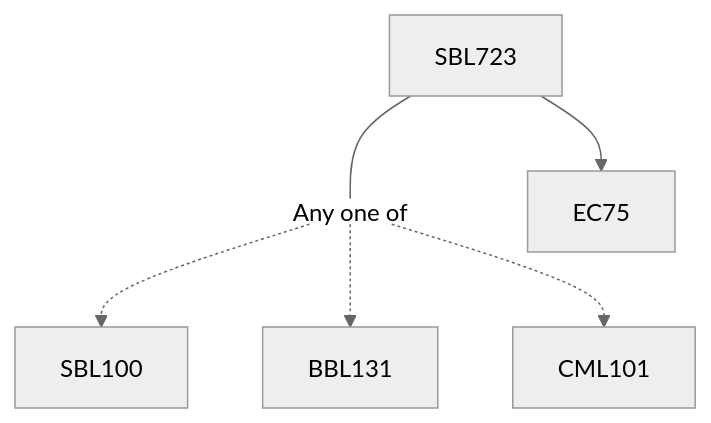
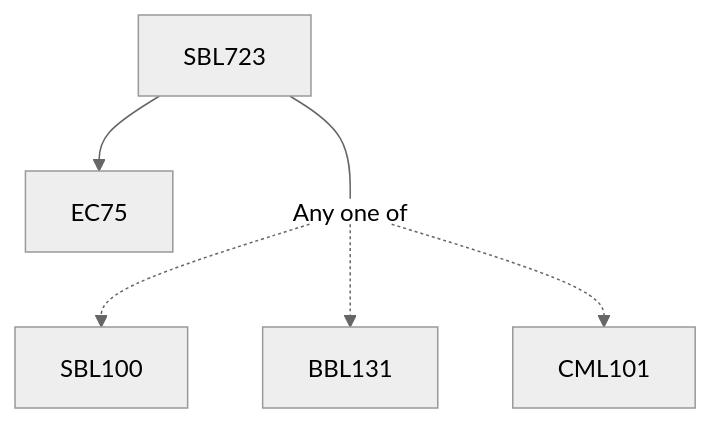
Before and after one commit to KeshavBansal0122/CoS_Website: the diagram in content/Biological Sciences/SBL723.md, drawn with Mermaid (neutral theme). The commit also changed other lines of this file and 2662 other files, not shown here.

````diff
--- a/content/Biological Sciences/SBL723.md
+++ b/content/Biological Sciences/SBL723.md
@@ -13,12 +13,12 @@
 ```mermaid
 flowchart TD
 SBL723-1530[SBL723]
+SBL723-1530 --> EC75-1530[EC75]
 SBL723-1530 --- Or1531[Any one of]:::empty
 Or1531 -.-> SBL100-1532[SBL100]
 Or1531 -.-> BBL131-1533[BBL131]
 Or1531 -.-> CML101-1534[CML101]
-SBL723-1530 --> EC75-1530[EC75]
 
 classDef empty height:17px, fill:transparent, stroke:transparent;
 classDef trueEmpty height:0px, width:0px;
 ```
````
